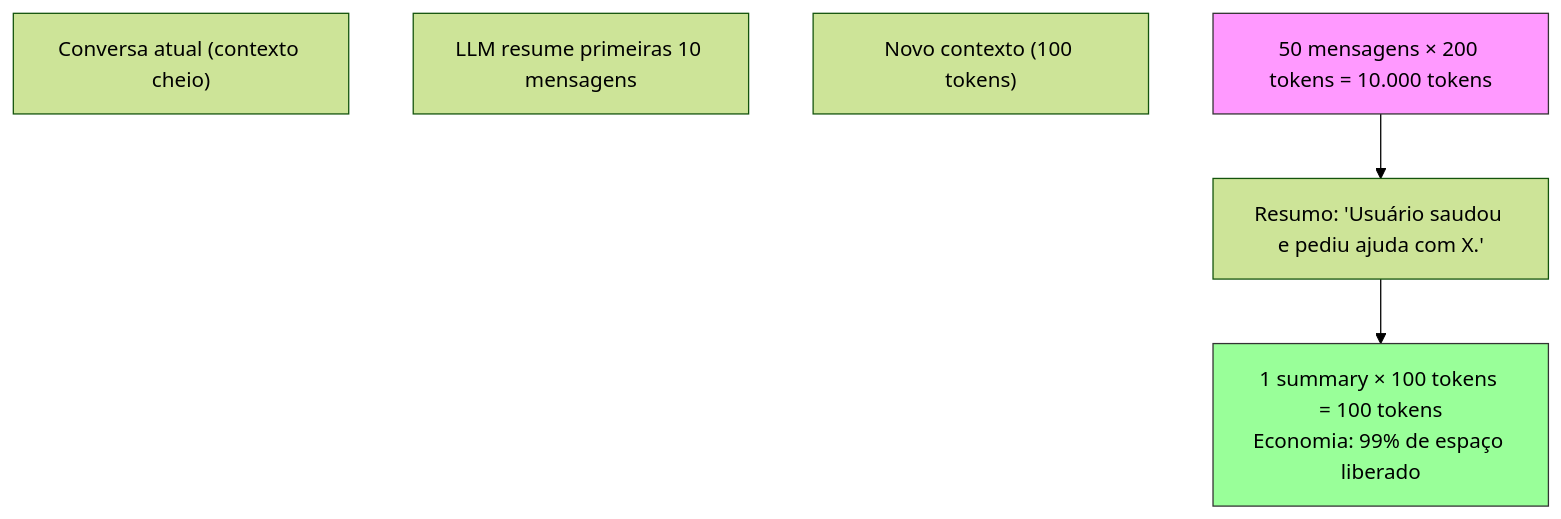
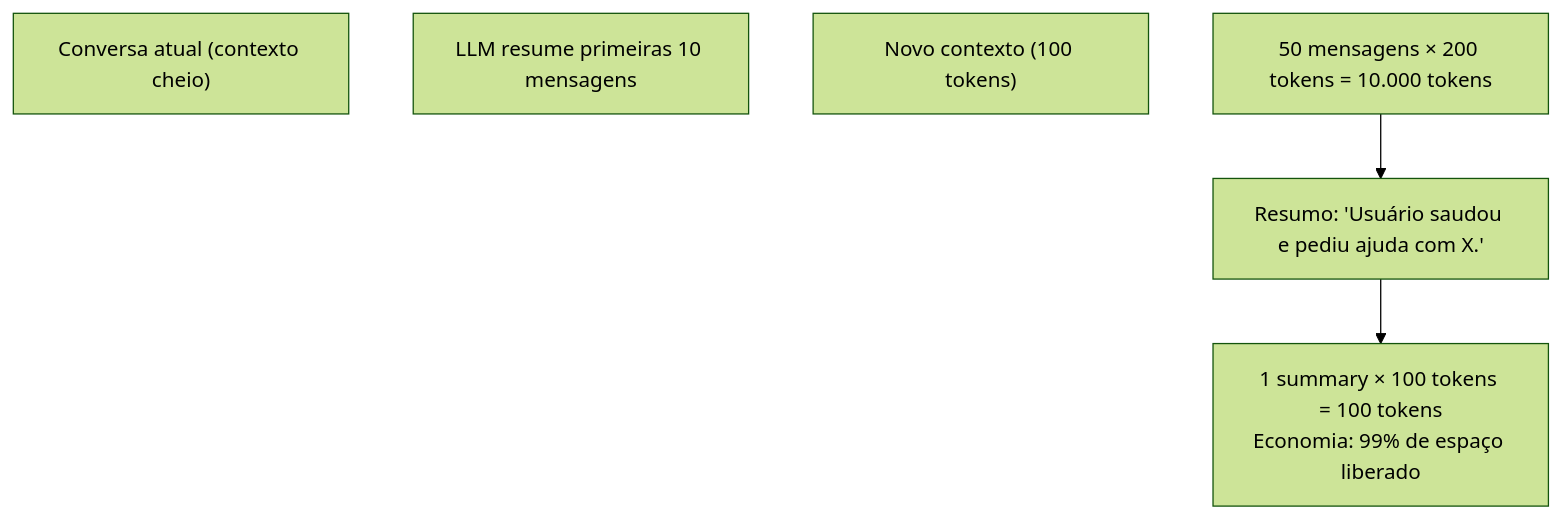
One commit to danilogmoura/applied-ai-agents changed the second of 2 diagrams in modules/p7_memory/MATERIAL.md. Above: the diagram before and after it, drawn with Mermaid (forest theme). The commit also changed other lines of this file and 15 other files, not shown here.

````diff
--- a/modules/p7_memory/MATERIAL.md
+++ b/modules/p7_memory/MATERIAL.md
@@ -64,12 +103,9 @@
 ```mermaid
 flowchart TD
     subgOriginal["Conversa atual (contexto cheio)"]
     subgResume["LLM resume primeiras 10 mensagens"]
     subgNew["Novo contexto (100 tokens)"]
     
     Original["50 mensagens × 200 tokens = 10.000 tokens"] --> Resume["Resumo: 'Usuário saudou e pediu ajuda com X.'"]
     Resume --> New["1 summary × 100 tokens = 100 tokens\nEconomia: 99% de espaço liberado"]
-    
-    style Original fill:#f9f,stroke:#333
-    style New fill:#9f9,stroke:#333
 ```
````
